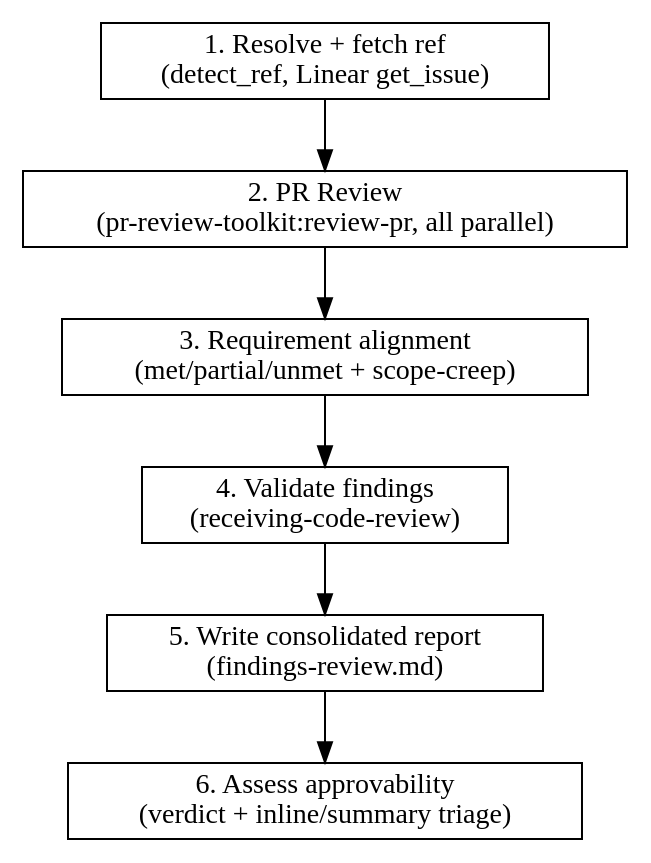
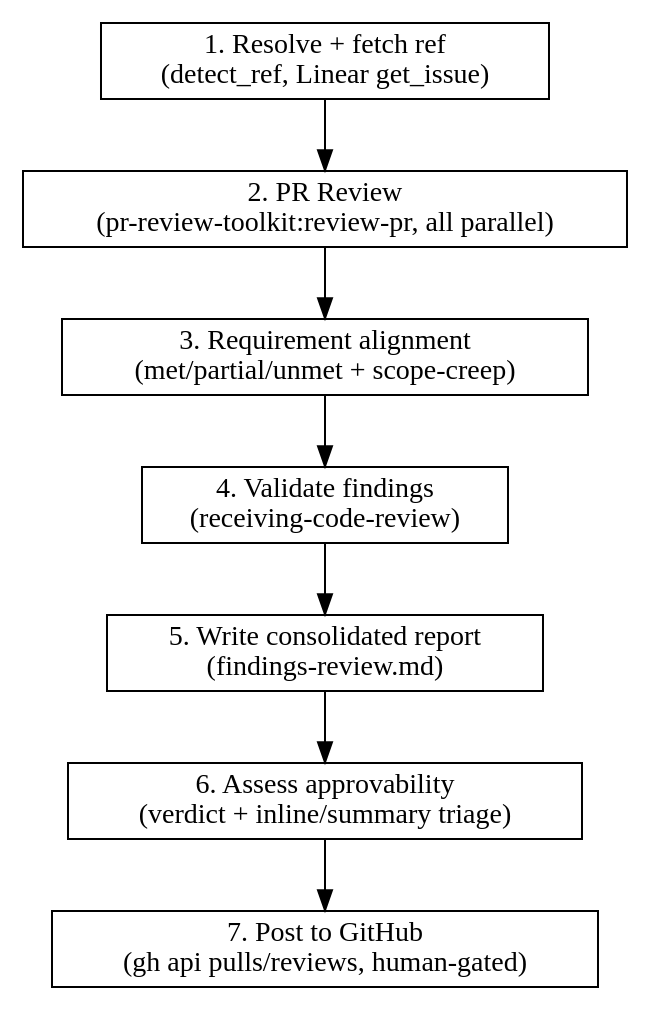
Before and after one commit to jrsgacusan/juel-claude: the diagram in skills/review-pr/SKILL.md, drawn with Graphviz. The commit also changed other lines of this file and 1 other file, not shown here.

Commit message:
feat(review-pr): post the review to GitHub gated behind explicit confirmation

````diff
--- a/skills/review-pr/SKILL.md
+++ b/skills/review-pr/SKILL.md
@@ -97,19 +110,21 @@
 ```dot
 digraph flow {
     rankdir=TB;
     node [shape=box];
 
     ref [label="1. Resolve + fetch ref\n(detect_ref, Linear get_issue)"];
     review [label="2. PR Review\n(pr-review-toolkit:review-pr, all parallel)"];
     align [label="3. Requirement alignment\n(met/partial/unmet + scope-creep)"];
     validate [label="4. Validate findings\n(receiving-code-review)"];
     report [label="5. Write consolidated report\n(findings-review.md)"];
     triage [label="6. Assess approvability\n(verdict + inline/summary triage)"];
+    post [label="7. Post to GitHub\n(gh api pulls/reviews, human-gated)"];
 
     ref -> review;
     review -> align;
     align -> validate;
     validate -> report;
     report -> triage;
+    triage -> post;
 }
 ```
````
